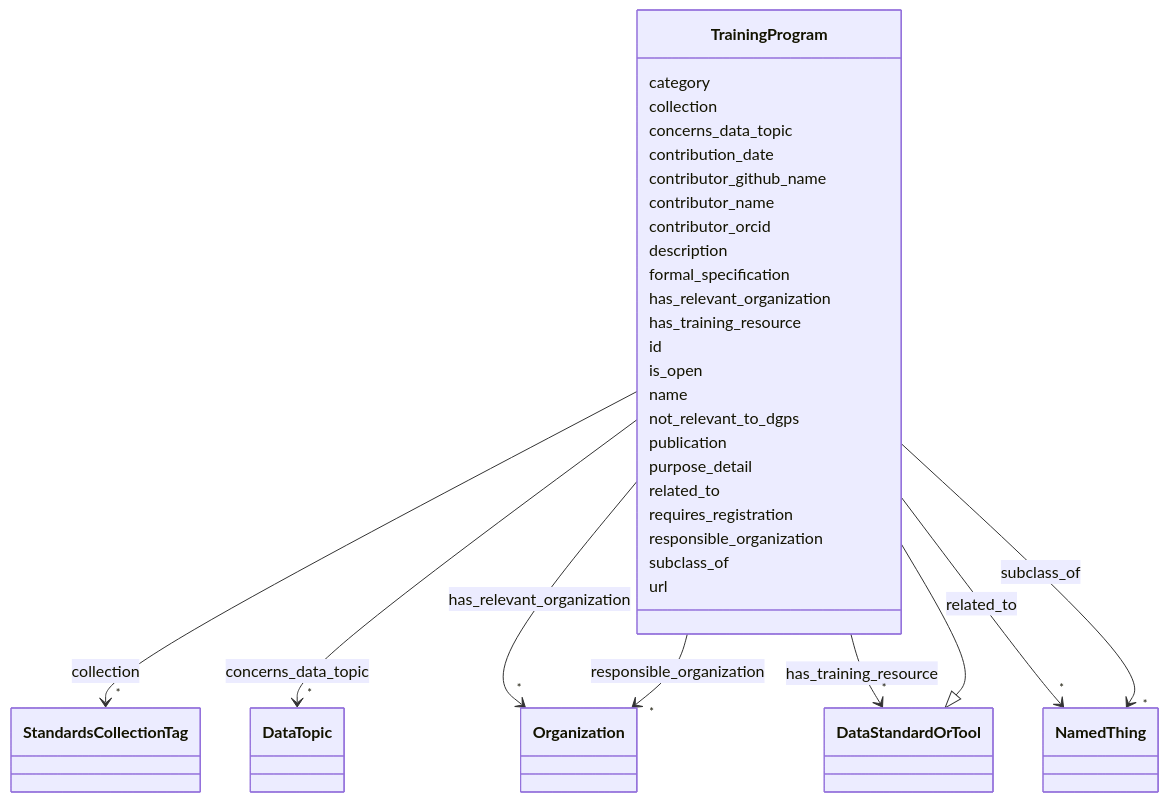
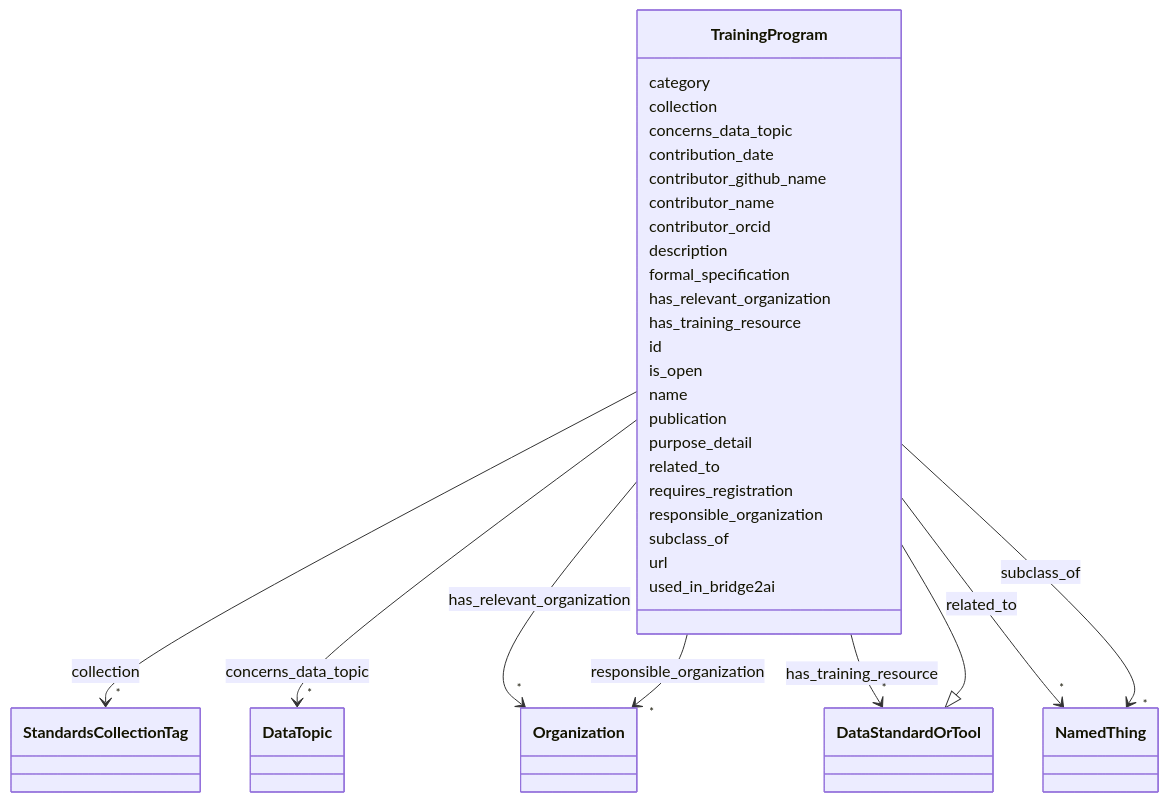
Before and after one commit to bridge2ai/standards-schemas: the diagram in docs/TrainingProgram.md, drawn with Mermaid. The commit also changed other lines of this file and 44 other files, not shown here.

````diff
--- a/docs/TrainingProgram.md
+++ b/docs/TrainingProgram.md
@@ -79,8 +79,6 @@
         
       TrainingProgram : name
         
-      TrainingProgram : not_relevant_to_dgps
-        
       TrainingProgram : publication
         
       TrainingProgram : purpose_detail
@@ -116,5 +114,7 @@
         
       TrainingProgram : url
         
+      TrainingProgram : used_in_bridge2ai
+        
       
 ```
````
